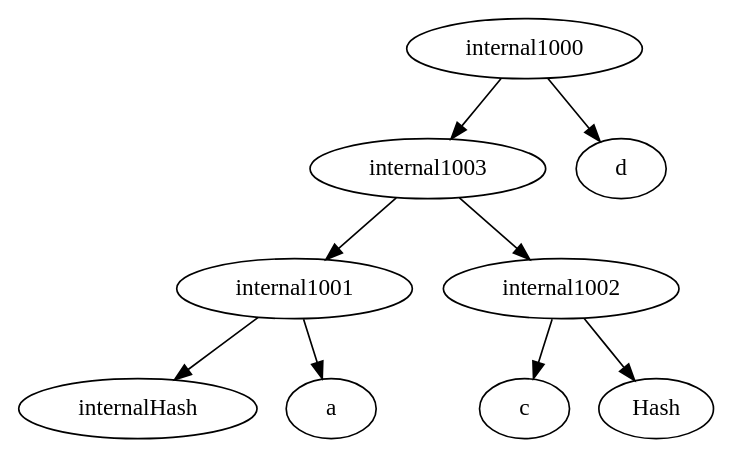
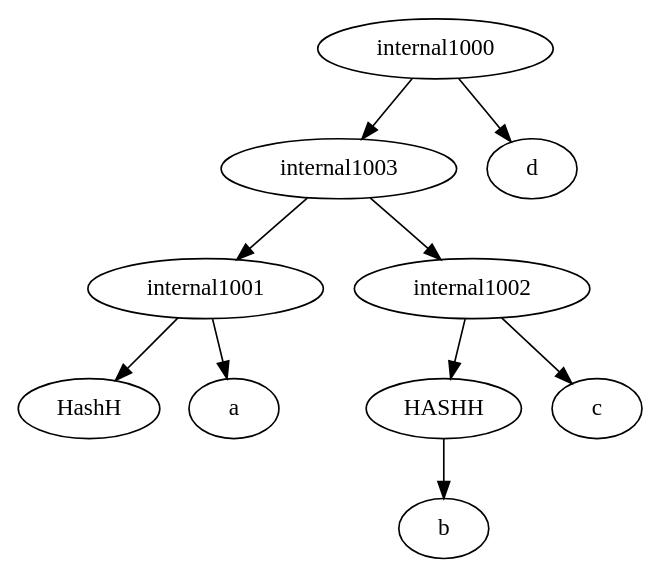
One commit to iharnoor/PhylogeneticsWebsite changed the diagram in ParsingTxt/Launcher/upload.dot. Above: the diagram before and after it, drawn with Graphviz. The commit also changed 2 other files, not shown here.

Commit message:
Hash is synced
cannot distinguish between internal and regular hash

```diff
--- a/ParsingTxt/Launcher/upload.dot
+++ b/ParsingTxt/Launcher/upload.dot
@@ -1,11 +1,11 @@
 strict digraph G1 {
-internalHash#H -> b
-internal1001 -> internalHash#H
+HASHH -> b
+internal1001 -> HashH
 internal1001 -> a
 internal1002 -> c
-internal1002 -> Hash#H
+internal1002 -> HASHH
 internal1003 -> internal1002
 internal1003 -> internal1001
 internal1000 -> d
 internal1000 -> internal1003
 }
```
